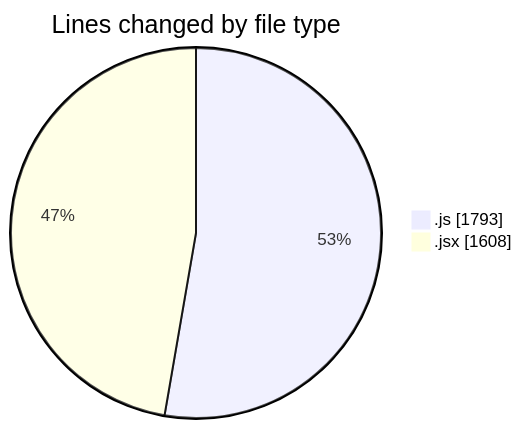
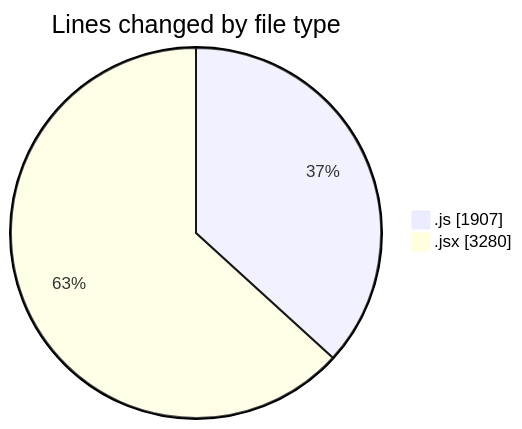
Before and after one commit to nxtqubesakshisongat/code-tracking: the first of 2 diagrams in 2025-09-18/nxtqube_webapp/README.md, drawn with Mermaid. The commit also changed other lines of this file and 1 other file, not shown here.

````diff
--- a/2025-09-18/nxtqube_webapp/README.md
+++ b/2025-09-18/nxtqube_webapp/README.md
@@ -27,6 +31,6 @@
 ```mermaid
 pie showData
 title Lines changed by file type
-".js" : 1793
-".jsx" : 1608
+".js" : 1907
+".jsx" : 3280
 ```
````
